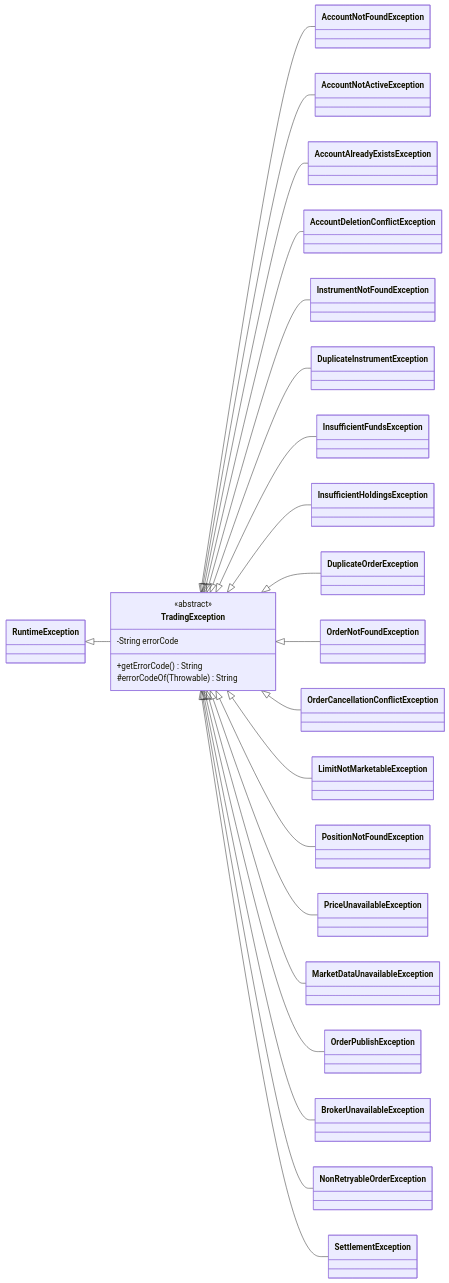
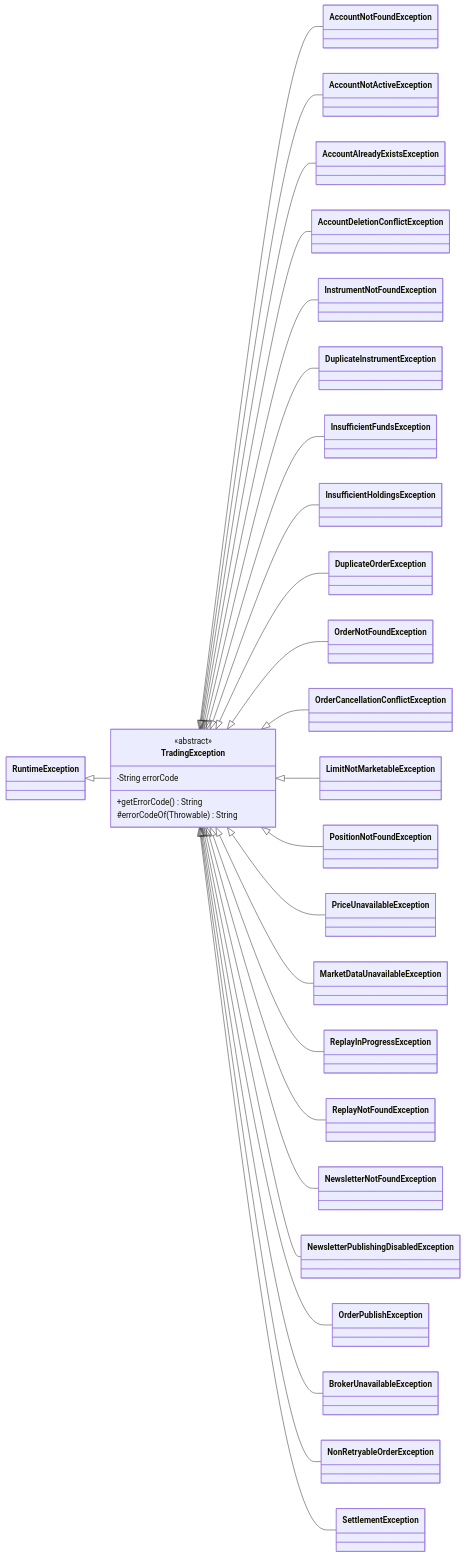
Before and after one commit to NathanCarr10/TNS-Capital: the third of 3 diagrams in docs/diagrams/CLASS-DIAGRAM.md, drawn with Mermaid. The commit also changed other lines of this file and 13 other files, not shown here.

````diff
--- a/docs/diagrams/CLASS-DIAGRAM.md
+++ b/docs/diagrams/CLASS-DIAGRAM.md
@@ -220,31 +231,35 @@
 ```mermaid
 classDiagram
     direction LR
     class RuntimeException
     class TradingException {
         <<abstract>>
         -String errorCode
         +getErrorCode() String
         #errorCodeOf(Throwable) String
     }
     RuntimeException <|-- TradingException
     TradingException <|-- AccountNotFoundException
     TradingException <|-- AccountNotActiveException
     TradingException <|-- AccountAlreadyExistsException
     TradingException <|-- AccountDeletionConflictException
     TradingException <|-- InstrumentNotFoundException
     TradingException <|-- DuplicateInstrumentException
     TradingException <|-- InsufficientFundsException
     TradingException <|-- InsufficientHoldingsException
     TradingException <|-- DuplicateOrderException
     TradingException <|-- OrderNotFoundException
     TradingException <|-- OrderCancellationConflictException
     TradingException <|-- LimitNotMarketableException
     TradingException <|-- PositionNotFoundException
     TradingException <|-- PriceUnavailableException
     TradingException <|-- MarketDataUnavailableException
+    TradingException <|-- ReplayInProgressException
+    TradingException <|-- ReplayNotFoundException
+    TradingException <|-- NewsletterNotFoundException
+    TradingException <|-- NewsletterPublishingDisabledException
     TradingException <|-- OrderPublishException
     TradingException <|-- BrokerUnavailableException
     TradingException <|-- NonRetryableOrderException
     TradingException <|-- SettlementException
 ```
````
